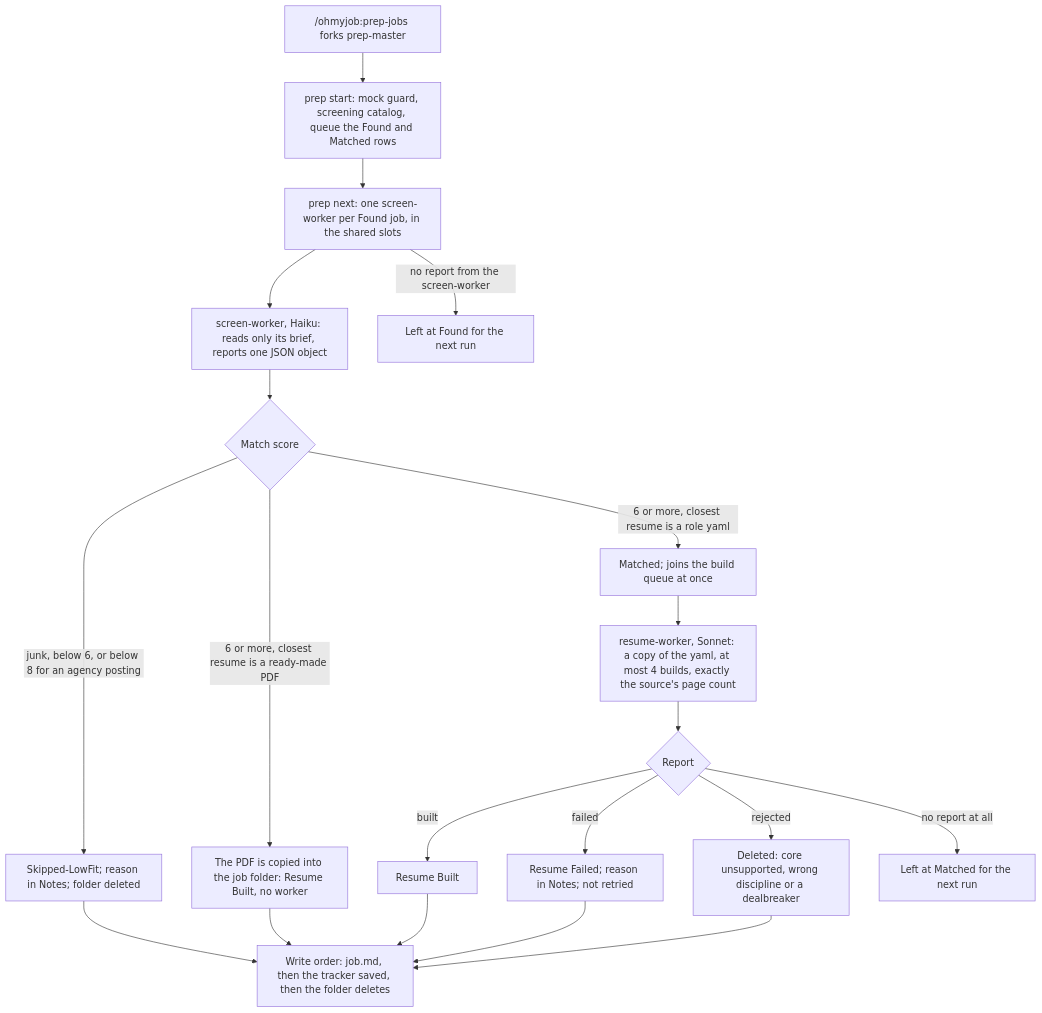
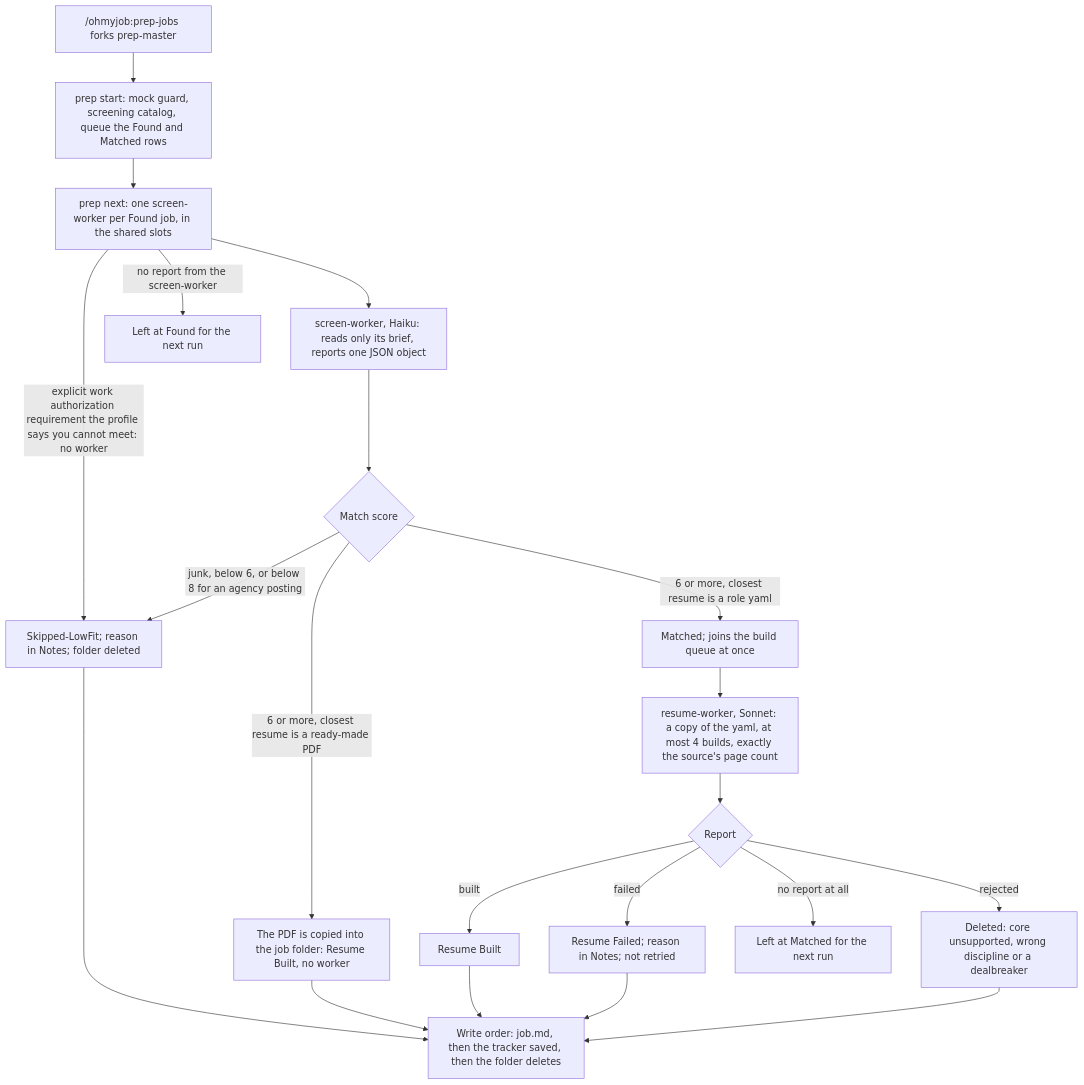
The fourth of 7 diagrams in docs/ARCHITECTURE.md (Maaz77/ohmyjob), drawn with Mermaid before and after one commit. The commit also changed other lines of this file and 12 other files, not shown here.

First line of the commit message:
feat: work authorization blocker in screening

````diff
--- a/docs/ARCHITECTURE.md
+++ b/docs/ARCHITECTURE.md
@@ -213,22 +214,23 @@
 ```mermaid
 flowchart TD
     A["/ohmyjob:prep-jobs forks prep-master"] --> B["prep start: mock guard, screening catalog, queue the Found and Matched rows"]
     B --> C["prep next: one screen-worker per Found job, in the shared slots"]
     C --> D["screen-worker, Haiku: reads only its brief, reports one JSON object"]
     D --> E{"Match score"}
     C -- "no report from the screen-worker" --> X["Left at Found for the next run"]
+    C -- "explicit work authorization requirement the profile says you cannot meet: no worker" --> F
     E -- "junk, below 6, or below 8 for an agency posting" --> F["Skipped-LowFit; reason in Notes; folder deleted"]
     E -- "6 or more, closest resume is a ready-made PDF" --> G["The PDF is copied into the job folder: Resume Built, no worker"]
     E -- "6 or more, closest resume is a role yaml" --> H["Matched; joins the build queue at once"]
     H --> I["resume-worker, Sonnet: a copy of the yaml, at most 4 builds, exactly the source's page count"]
     I --> J{"Report"}
     J -- built --> K["Resume Built"]
     J -- failed --> L["Resume Failed; reason in Notes; not retried"]
     J -- rejected --> M["Deleted: core unsupported, wrong discipline or a dealbreaker"]
     J -- "no report at all" --> N["Left at Matched for the next run"]
     F --> W["Write order: job.md, then the tracker saved, then the folder deletes"]
     G --> W
     K --> W
     L --> W
     M --> W
 ```
````
